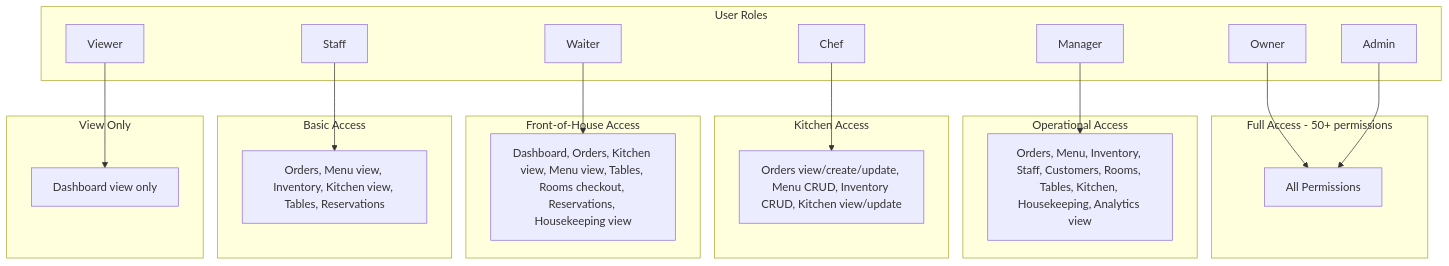
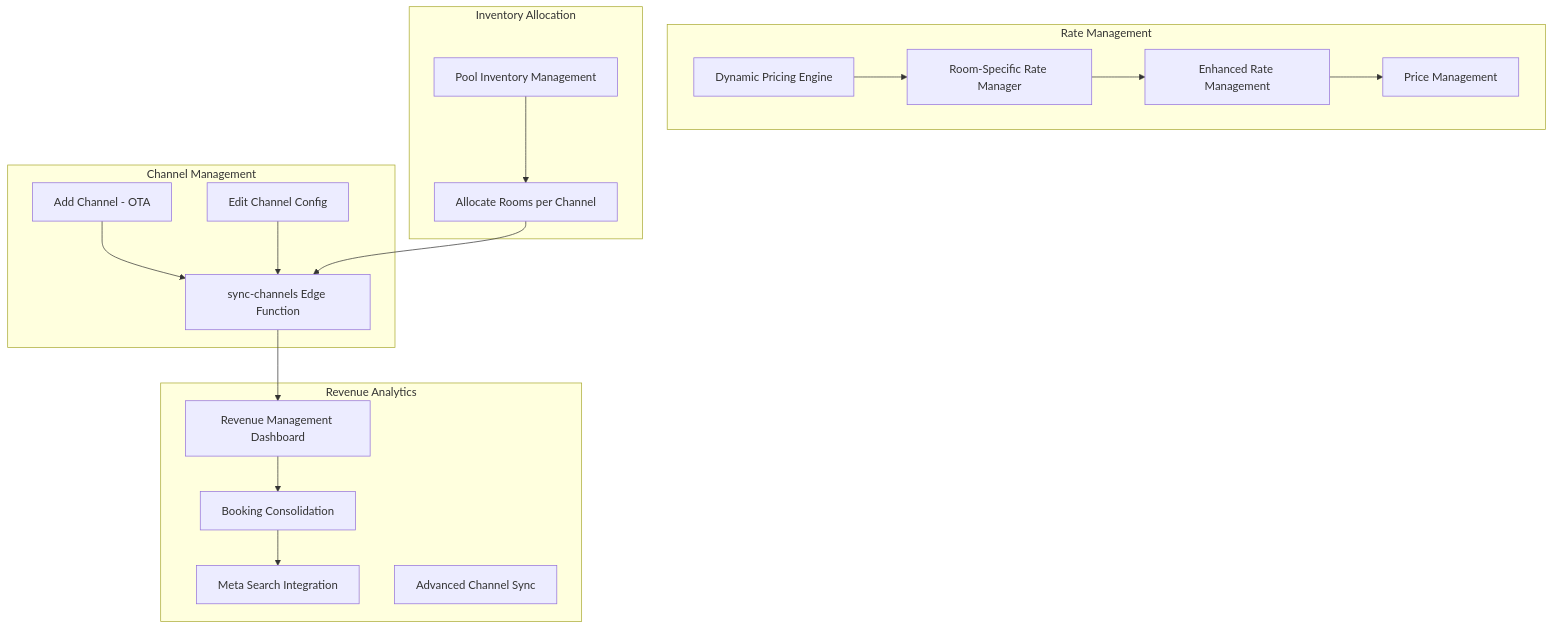
Diagram 19 of 26 in docs/ARCHITECTURE_DEV.md (sudipjangam/tasty-bite-harbor), drawn with Mermaid before and after one commit. The commit also changed other lines of this file and 6 other files, not shown here.

Commit message:
feat: Add comprehensive platform user guide, architecture documentation, and an About section component, alongside dependency updates.

````diff
--- a/docs/ARCHITECTURE_DEV.md
+++ b/docs/ARCHITECTURE_DEV.md
@@ -898,44 +1078,41 @@
 ```mermaid
-graph TB
-    subgraph Roles["User Roles"]
-        Owner[Owner]
-        Admin[Admin]
-        Manager[Manager]
-        Chef[Chef]
-        Waiter[Waiter]
-        Staff[Staff]
-        Viewer[Viewer]
+flowchart TD
+    subgraph ChannelMgmt["Channel Management"]
+        AddChannel["Add Channel - OTA"]
+        EditChannel[Edit Channel Config]
+        SyncChannels["sync-channels Edge Function"]
     end
     
-    subgraph FullAccess["Full Access - 50+ permissions"]
-        All[All Permissions]
+    subgraph RateMgmt["Rate Management"]
+        DynamicPricing[Dynamic Pricing Engine]
+        RoomRates[Room-Specific Rate Manager]
+        EnhancedRates[Enhanced Rate Management]
+        PriceManagement[Price Management]
     end
     
-    subgraph OperationalAccess["Operational Access"]
-        OpPerms[Orders, Menu, Inventory, Staff, Customers, Rooms, Tables, Kitchen, Housekeeping, Analytics view]
+    subgraph InventoryAlloc["Inventory Allocation"]
+        PoolInventory[Pool Inventory Management]
+        AllocateRooms[Allocate Rooms per Channel]
     end
     
-    subgraph KitchenAccess["Kitchen Access"]
-        KitchenPerms[Orders view/create/update, Menu CRUD, Inventory CRUD, Kitchen view/update]
+    subgraph Analytics["Revenue Analytics"]
+        RevDashboard[Revenue Management Dashboard]
+        BookingConsol[Booking Consolidation]
+        MetaSearch[Meta Search Integration]
+        AdvancedSync[Advanced Channel Sync]
     end
     
-    subgraph FOHAccess["Front-of-House Access"]
-        FOHPerms[Dashboard, Orders, Kitchen view, Menu view, Tables, Rooms checkout, Reservations, Housekeeping view]
-    end
+    AddChannel --> SyncChannels
+    EditChannel --> SyncChannels
     
-    subgraph BasicAccess["Basic Access"]
-        BasicPerms[Orders, Menu view, Inventory, Kitchen view, Tables, Reservations]
-    end
+    DynamicPricing --> RoomRates
+    RoomRates --> EnhancedRates
+    EnhancedRates --> PriceManagement
     
-    subgraph ViewOnly["View Only"]
-        ViewPerms[Dashboard view only]
-    end
+    PoolInventory --> AllocateRooms
+    AllocateRooms --> SyncChannels
     
-    Owner --> All
-    Admin --> All
-    Manager --> OpPerms
-    Chef --> KitchenPerms
-    Waiter --> FOHPerms
-    Staff --> BasicPerms
-    Viewer --> ViewPerms
+    SyncChannels --> RevDashboard
+    RevDashboard --> BookingConsol
+    BookingConsol --> MetaSearch
 ```
````
